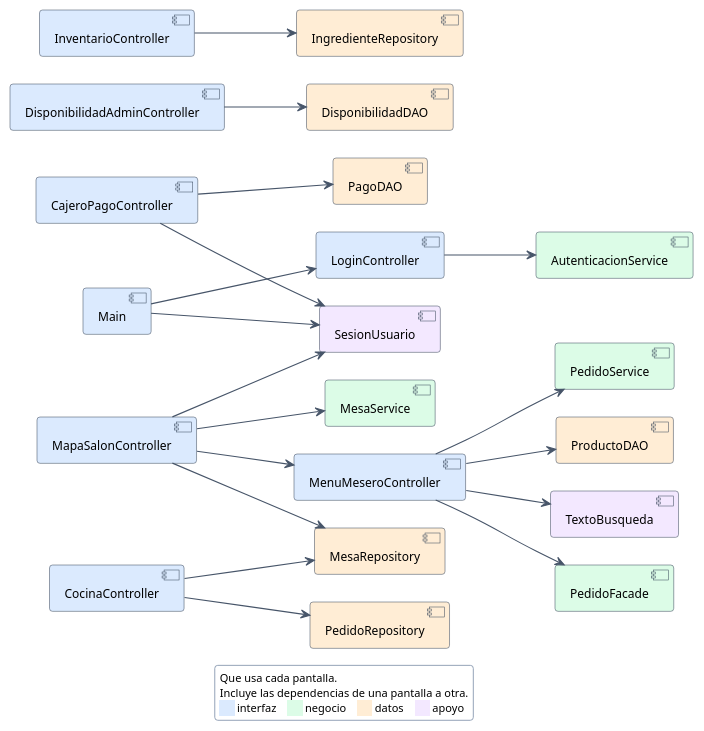
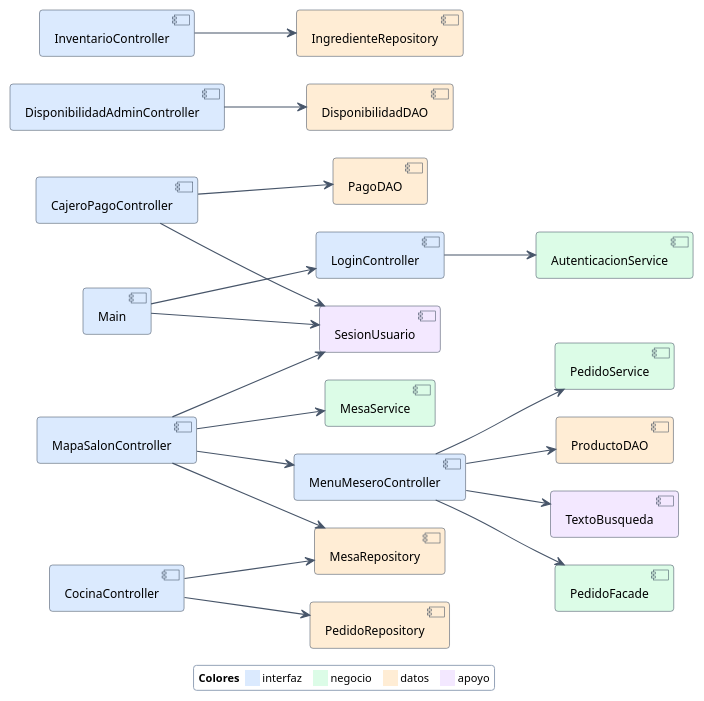
The diagram in docs/diagramas-fuente/DiagramaComponentes_S2_UI.puml (puj-course/FIS_2630_1204_G2), drawn with PlantUML before and after one commit. The commit also changed 8 other files, not shown here.

```diff
--- a/docs/diagramas-fuente/DiagramaComponentes_S2_UI.puml
+++ b/docs/diagramas-fuente/DiagramaComponentes_S2_UI.puml
@@ -1,63 +1,61 @@
 @startuml
 left to right direction
 skinparam backgroundColor #FFFFFF
 skinparam shadowing false
 skinparam defaultFontName Helvetica
 skinparam roundCorner 6
 skinparam nodesep 28
 skinparam ranksep 70
 skinparam ArrowColor #475569
 skinparam ArrowFontSize 11
 skinparam ArrowThickness 1.1
 skinparam PackageBorderColor #94A3B8
 skinparam PackageFontStyle bold
 skinparam PackageFontSize 13
 skinparam ComponentBackgroundColor #FFFFFF
 skinparam ComponentFontSize 12
 skinparam ComponentBorderColor #334155
 skinparam legendBackgroundColor #FFFFFF
 skinparam legendBorderColor #94A3B8
 skinparam legendFontSize 11
   component "CajeroPagoController" as c_CajeroPagoController #DBEAFE
   component "CocinaController" as c_CocinaController #DBEAFE
   component "DisponibilidadAdminController" as c_DisponibilidadAdminController #DBEAFE
   component "InventarioController" as c_InventarioController #DBEAFE
   component "LoginController" as c_LoginController #DBEAFE
   component "Main" as c_Main #DBEAFE
   component "MapaSalonController" as c_MapaSalonController #DBEAFE
   component "MenuMeseroController" as c_MenuMeseroController #DBEAFE
   component "AutenticacionService" as c_AutenticacionService #DCFCE7
   component "MesaService" as c_MesaService #DCFCE7
   component "PedidoFacade" as c_PedidoFacade #DCFCE7
   component "PedidoService" as c_PedidoService #DCFCE7
   component "DisponibilidadDAO" as c_DisponibilidadDAO #FFEDD5
   component "IngredienteRepository" as c_IngredienteRepository #FFEDD5
   component "MesaRepository" as c_MesaRepository #FFEDD5
   component "PagoDAO" as c_PagoDAO #FFEDD5
   component "PedidoRepository" as c_PedidoRepository #FFEDD5
   component "ProductoDAO" as c_ProductoDAO #FFEDD5
   component "SesionUsuario" as c_SesionUsuario #F3E8FF
   component "TextoBusqueda" as c_TextoBusqueda #F3E8FF
 c_CajeroPagoController --> c_PagoDAO
 c_CajeroPagoController --> c_SesionUsuario
 c_CocinaController --> c_MesaRepository
 c_CocinaController --> c_PedidoRepository
 c_DisponibilidadAdminController --> c_DisponibilidadDAO
 c_InventarioController --> c_IngredienteRepository
 c_LoginController --> c_AutenticacionService
 c_Main --> c_LoginController
 c_Main --> c_SesionUsuario
 c_MapaSalonController --> c_MenuMeseroController
 c_MapaSalonController --> c_MesaRepository
 c_MapaSalonController --> c_MesaService
 c_MapaSalonController --> c_SesionUsuario
 c_MenuMeseroController --> c_PedidoFacade
 c_MenuMeseroController --> c_PedidoService
 c_MenuMeseroController --> c_ProductoDAO
 c_MenuMeseroController --> c_TextoBusqueda
 legend bottom
-Que usa cada pantalla.
-Incluye las dependencias de una pantalla a otra.
-<back:#DBEAFE>     </back> interfaz    <back:#DCFCE7>     </back> negocio    <back:#FFEDD5>     </back> datos    <back:#F3E8FF>     </back> apoyo
+<b>Colores</b>  <back:#DBEAFE>     </back> interfaz    <back:#DCFCE7>     </back> negocio    <back:#FFEDD5>     </back> datos    <back:#F3E8FF>     </back> apoyo
 endlegend
 @enduml
```
